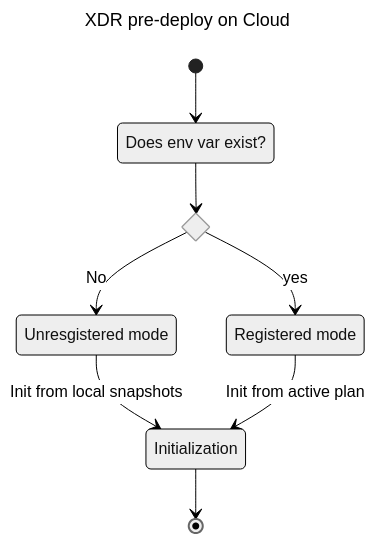
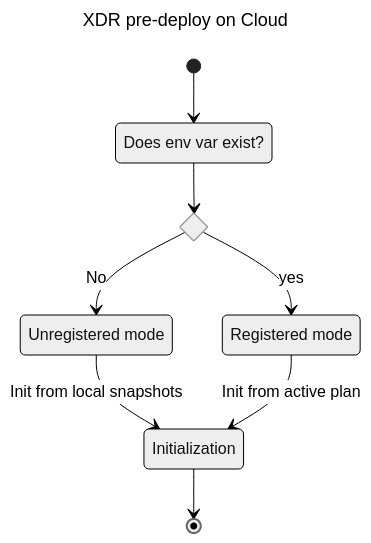
Before and after one commit to wazuh/wazuh-indexer-plugins: the first of 12 diagrams in docs/dev/plugins/content-manager.md, drawn with Mermaid (neutral theme). The commit also changed other lines of this file and 41 other files, not shown here.

````diff
--- a/docs/dev/plugins/content-manager.md
+++ b/docs/dev/plugins/content-manager.md
@@ -49,21 +48,21 @@
 ```mermaid
 ---
 title: XDR pre-deploy on Cloud
 ---
 stateDiagram-v2
     state if_state <<choice>>
     env_var_exists: Does env var exist?
-    no_state: Unresgistered mode
+    no_state: Unregistered mode
     yes_state: Registered mode
-    inititalization: Initialization
+    initialization: Initialization
 
 
     [*] --> env_var_exists
     env_var_exists --> if_state
     if_state --> no_state: No
     if_state --> yes_state : yes
 
-    no_state --> inititalization : Init from local snapshots
-    yes_state --> inititalization : Init from active plan
-    inititalization --> [*]
+    no_state --> initialization : Init from local snapshots
+    yes_state --> initialization : Init from active plan
+    initialization --> [*]
 ```
````
